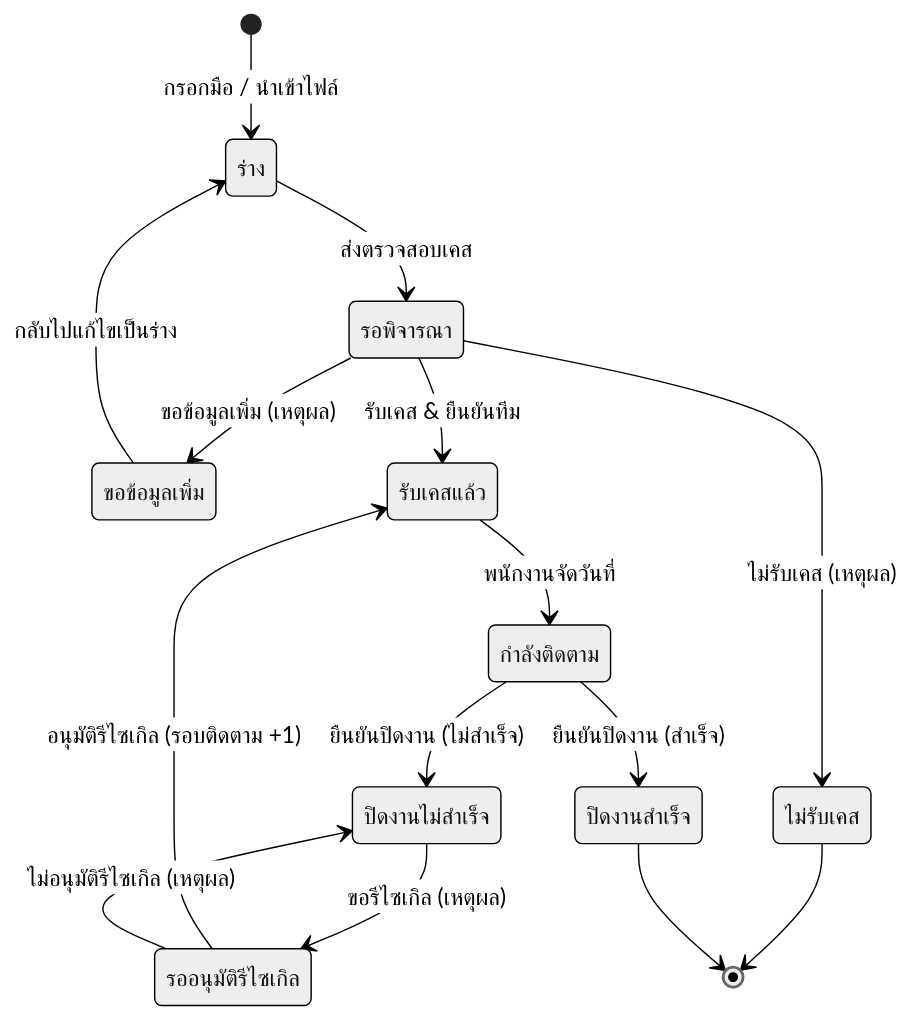
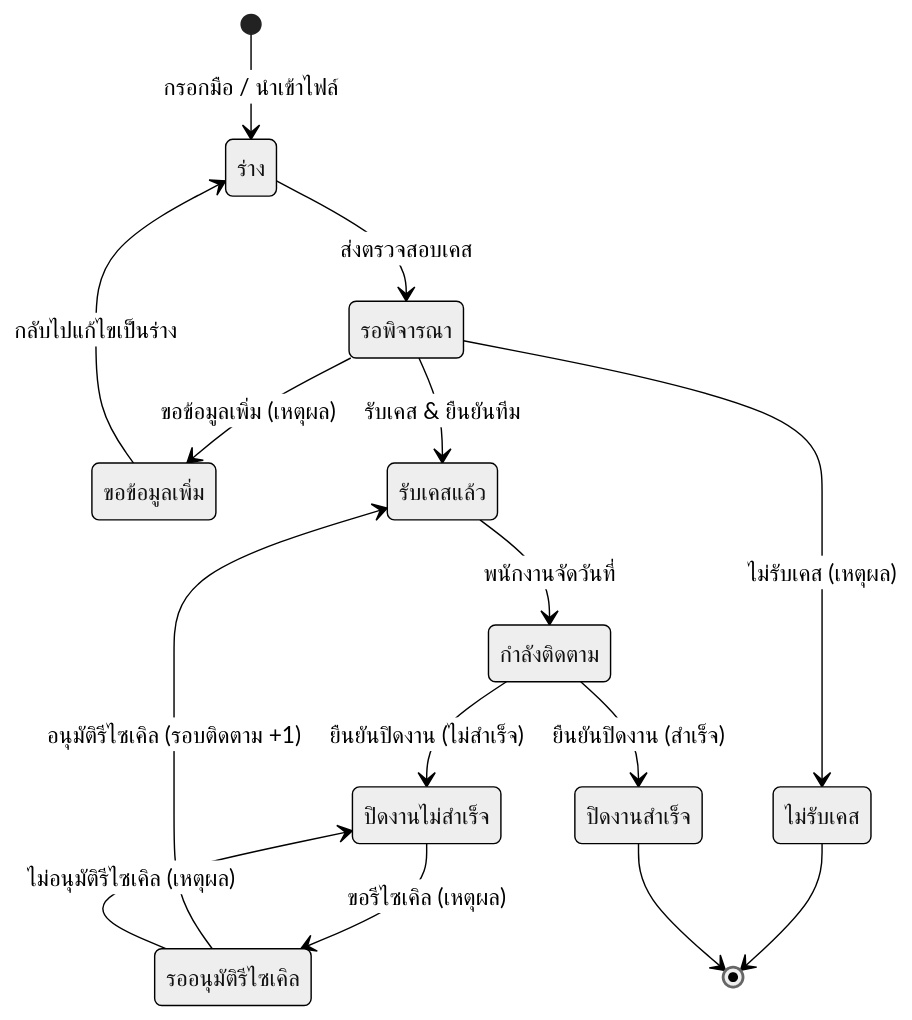
The eighth of 16 diagrams in manual/diagrams/01-workflow.md (soodkhet/AssetRecovery), drawn with Mermaid (neutral theme) before and after one commit. The commit also changed other lines of this file and 64 other files, not shown here.

````diff
--- a/manual/diagrams/01-workflow.md
+++ b/manual/diagrams/01-workflow.md
@@ -347,28 +347,28 @@
 ```mermaid
 stateDiagram-v2
   %% enum case_status (02 §3) · lib/cases/state-machine.ts + lib/field/queries.ts
   state "ร่าง" as draft
   state "รอพิจารณา" as pending_review
   state "ขอข้อมูลเพิ่ม" as need_info
   state "ไม่รับเคส" as rejected
   state "รับเคสแล้ว" as approved
   state "กำลังติดตาม" as active
   state "ปิดงานสำเร็จ" as closed_success
   state "ปิดงานไม่สำเร็จ" as closed_fail
-  state "รออนุมัติรีไซเกิล" as pending_recycle_review
+  state "รออนุมัติรีไซเคิล" as pending_recycle_review
 
   [*] --> draft: กรอกมือ / นำเข้าไฟล์
   draft --> pending_review: ส่งตรวจสอบเคส
   pending_review --> approved: รับเคส & ยืนยันทีม
   pending_review --> rejected: ไม่รับเคส (เหตุผล)
   pending_review --> need_info: ขอข้อมูลเพิ่ม (เหตุผล)
   need_info --> draft: กลับไปแก้ไขเป็นร่าง
   approved --> active: พนักงานจัดวันที่
   active --> closed_success: ยืนยันปิดงาน (สำเร็จ)
   active --> closed_fail: ยืนยันปิดงาน (ไม่สำเร็จ)
-  closed_fail --> pending_recycle_review: ขอรีไซเกิล (เหตุผล)
-  pending_recycle_review --> approved: อนุมัติรีไซเกิล (รอบติดตาม +1)
-  pending_recycle_review --> closed_fail: ไม่อนุมัติรีไซเกิล (เหตุผล)
+  closed_fail --> pending_recycle_review: ขอรีไซเคิล (เหตุผล)
+  pending_recycle_review --> approved: อนุมัติรีไซเคิล (รอบติดตาม +1)
+  pending_recycle_review --> closed_fail: ไม่อนุมัติรีไซเคิล (เหตุผล)
   rejected --> [*]
   closed_success --> [*]
 ```
````
